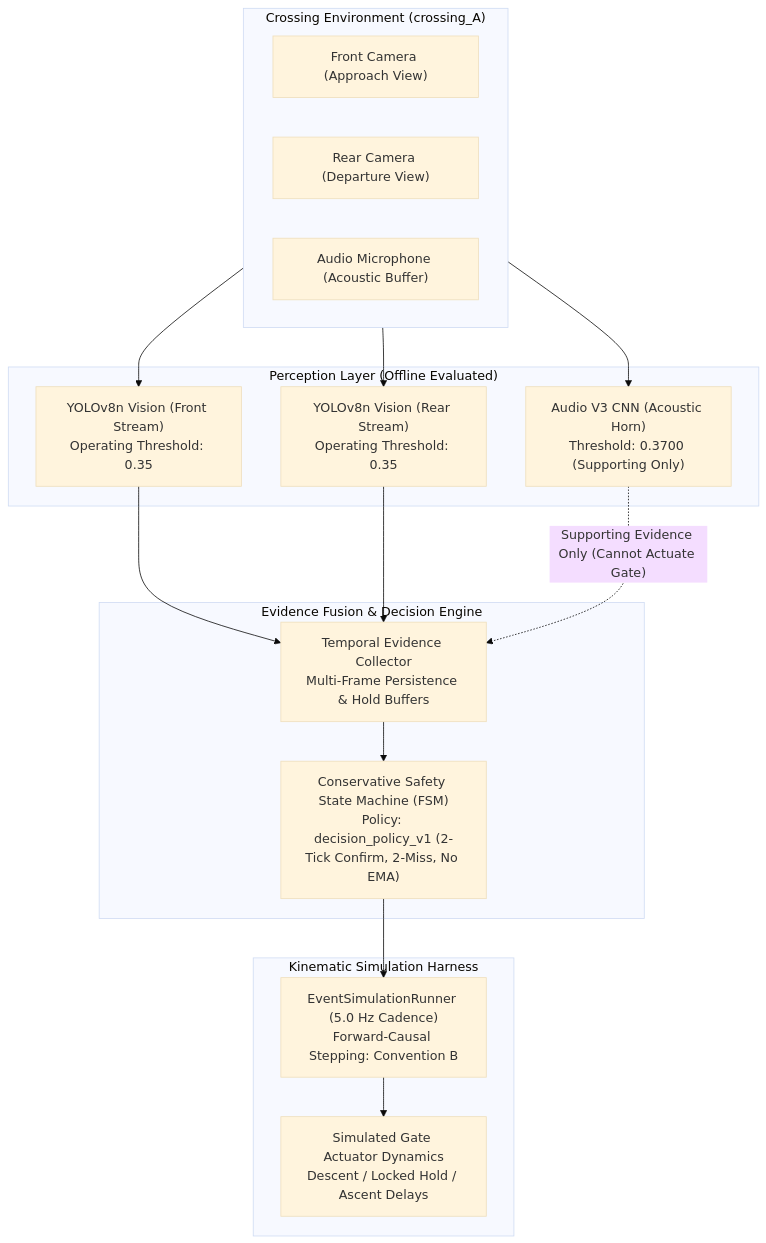
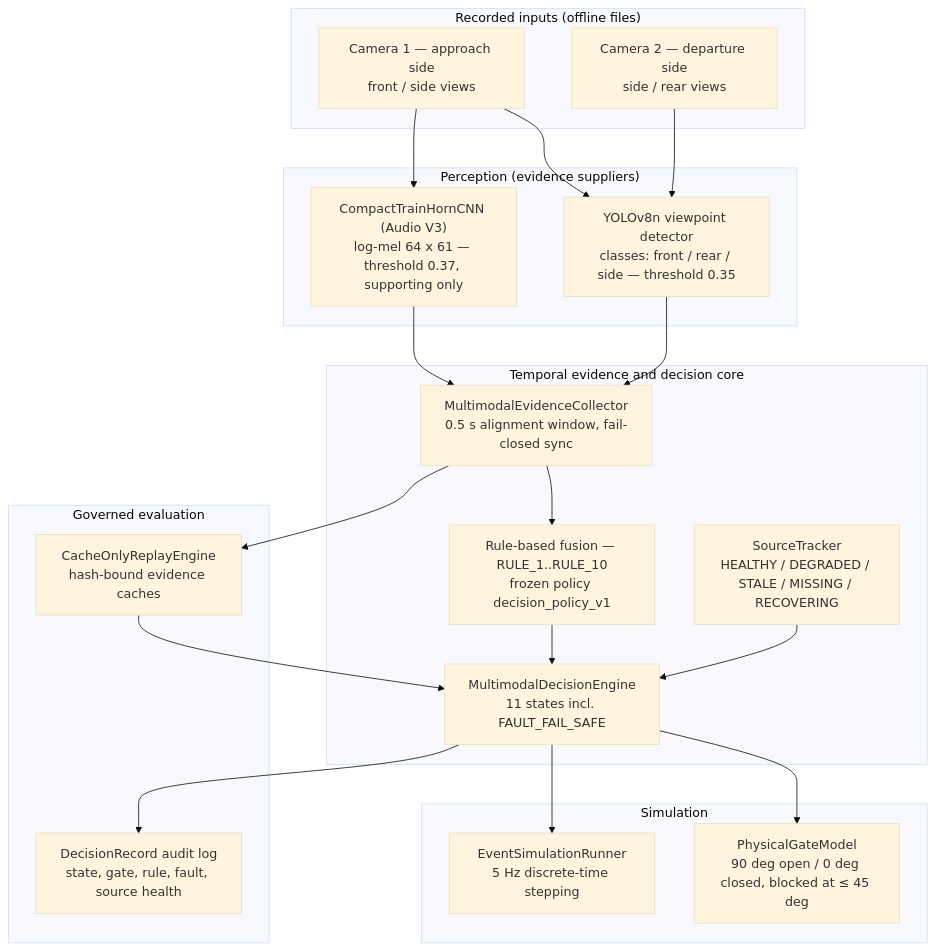
Before and after one commit to mohammad-sayem-uddin/ai-railway-crossing-safety: the diagram in README.md, drawn with Mermaid (base theme). The commit also changed other lines of this file and 1 other file, not shown here.

Commit message:
docs: rebuild research project README and architecture documentation

````diff
--- a/README.md
+++ b/README.md
@@ -52,37 +73,38 @@
 ```mermaid
 flowchart TD
-    subgraph Env["Crossing Environment (crossing_A)"]
-        direction LR
-        CF["Front Camera (Approach View)"]
-        CB["Rear Camera (Departure View)"]
-        MIC["Audio Microphone (Acoustic Buffer)"]
+    subgraph Inputs["Recorded inputs (offline files)"]
+        CAM1["Camera 1 — approach side<br/>front / side views"]
+        CAM2["Camera 2 — departure side<br/>side / rear views"]
     end
-
-    subgraph Perception["Perception Layer (Offline Evaluated)"]
-        YOLO_F["YOLOv8n Vision (Front Stream)<br/>Operating Threshold: 0.35"]
-        YOLO_B["YOLOv8n Vision (Rear Stream)<br/>Operating Threshold: 0.35"]
-        AUDIO["Audio V3 CNN (Acoustic Horn)<br/>Threshold: 0.3700 (Supporting Only)"]
+    subgraph Perception["Perception (evidence suppliers)"]
+        YOLO["YOLOv8n viewpoint detector<br/>classes: front / rear / side — threshold 0.35"]
+        CNN["CompactTrainHornCNN (Audio V3)<br/>log-mel 64 x 61 — threshold 0.37, supporting only"]
     end
-
-    subgraph Fusion["Evidence Fusion & Decision Engine"]
-        COLLECTOR["Temporal Evidence Collector<br/>Multi-Frame Persistence & Hold Buffers"]
-        FSM["Conservative Safety State Machine (FSM)<br/>Policy: decision_policy_v1 (2-Tick Confirm, 2-Miss, No EMA)"]
+    subgraph Fusion["Temporal evidence and decision core"]
+        COLL["MultimodalEvidenceCollector<br/>0.5 s alignment window, fail-closed sync"]
+        RULES["Rule-based fusion — RULE_1..RULE_10<br/>frozen policy decision_policy_v1"]
+        TRACK["SourceTracker<br/>HEALTHY / DEGRADED / STALE / MISSING / RECOVERING"]
+        ENG["MultimodalDecisionEngine<br/>11 states incl. FAULT_FAIL_SAFE"]
     end
-
-    subgraph Sim["Kinematic Simulation Harness"]
-        RUNNER["EventSimulationRunner (5.0 Hz Cadence)<br/>Forward-Causal Stepping: Convention B"]
-        GATE["Simulated Gate Actuator Dynamics<br/>Descent / Locked Hold / Ascent Delays"]
+    subgraph Sim["Simulation"]
+        GATE["PhysicalGateModel<br/>90 deg open / 0 deg closed, blocked at &le; 45 deg"]
+        RUNNER["EventSimulationRunner<br/>5 Hz discrete-time stepping"]
     end
-
-    CF --> YOLO_F
-    CB --> YOLO_B
-    MIC --> AUDIO
-
-    YOLO_F --> COLLECTOR
-    YOLO_B --> COLLECTOR
-    AUDIO -.->|"Supporting Evidence Only (Cannot Actuate Gate)"| COLLECTOR
-
-    COLLECTOR --> FSM
-    FSM --> RUNNER
-    RUNNER --> GATE
+    subgraph Replay["Governed evaluation"]
+        CACHE["CacheOnlyReplayEngine<br/>hash-bound evidence caches"]
+        OUT["DecisionRecord audit log<br/>state, gate, rule, fault, source health"]
+    end
+    CAM1 --> YOLO
+    CAM2 --> YOLO
+    CAM1 --> CNN
+    YOLO --> COLL
+    CNN --> COLL
+    COLL --> RULES
+    TRACK --> ENG
+    RULES --> ENG
+    ENG --> GATE
+    ENG --> RUNNER
+    COLL --> CACHE
+    CACHE --> ENG
+    ENG --> OUT
 ```
````
